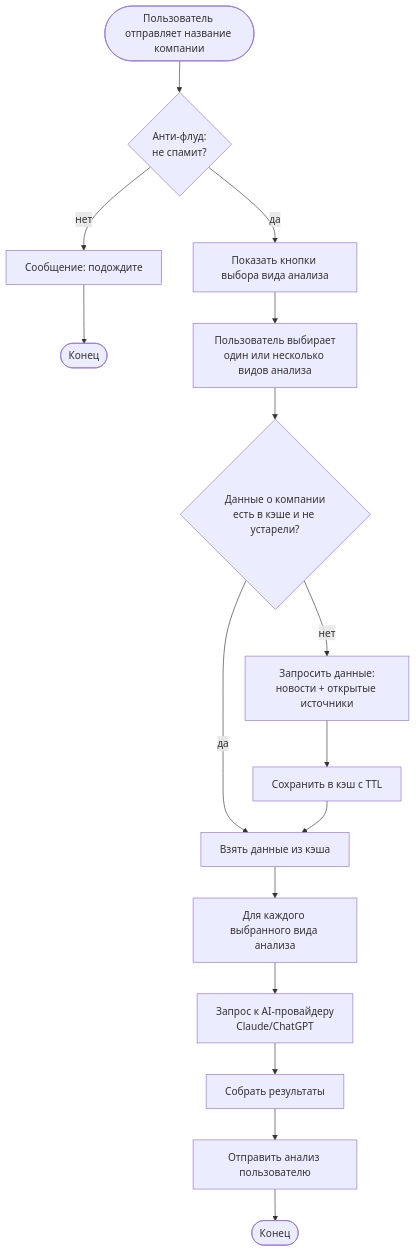
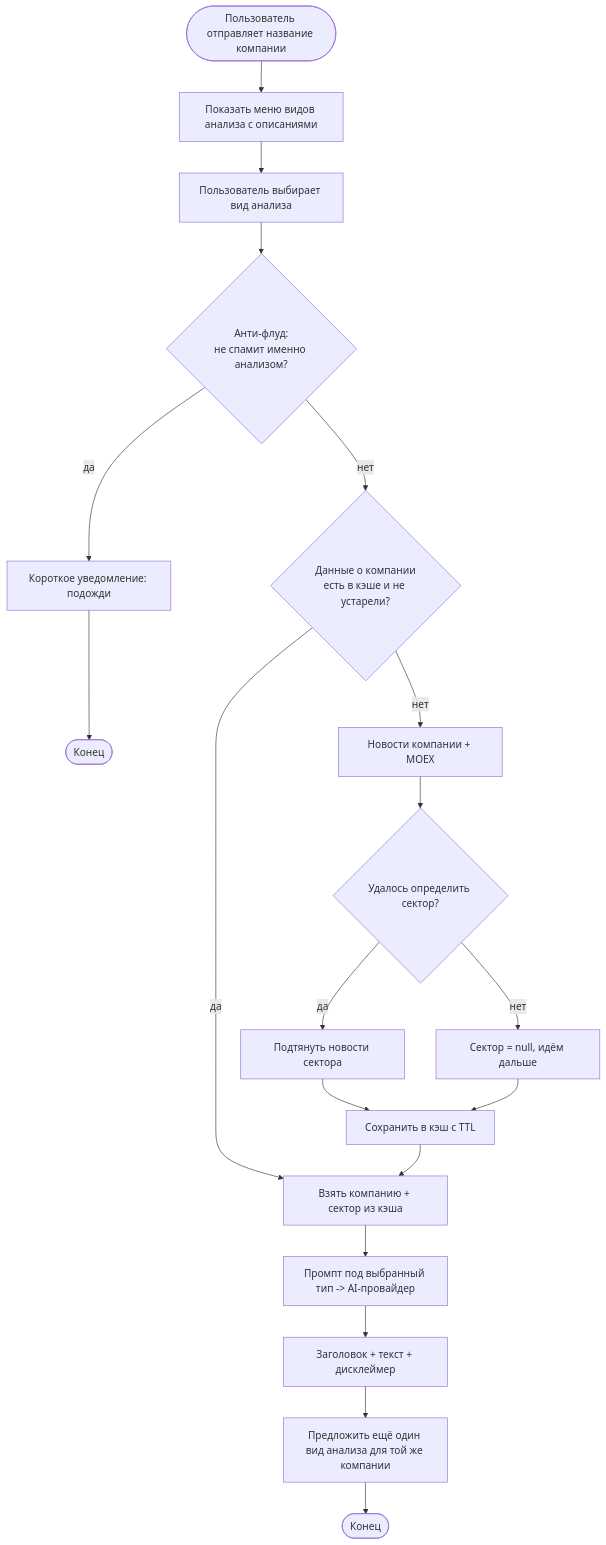
Before and after one commit to keshtoim/analysis_for_invest_bot: the fourth of 5 diagrams in README.md, drawn with Mermaid. The commit also changed other lines of this file, not shown here.

First line of the commit message:
docs: README под текущее состояние проекта

````diff
--- a/README.md
+++ b/README.md
@@ -185,17 +203,20 @@
 ```mermaid
 flowchart TD
-    Start([Пользователь отправляет название компании]) --> Flood{Анти-флуд:<br/>не спамит?}
-    Flood -- нет --> Wait[Сообщение: подождите] --> End1([Конец])
-    Flood -- да --> Menu[Показать кнопки выбора вида анализа]
-    Menu --> Choice[Пользователь выбирает<br/>один или несколько видов анализа]
-    Choice --> Cache{Данные о компании<br/>есть в кэше и не устарели?}
-    Cache -- да --> UseCache[Взять данные из кэша]
-    Cache -- нет --> Fetch[Запросить данные:<br/>новости + открытые источники]
-    Fetch --> SaveCache[Сохранить в кэш с TTL]
+    Start([Пользователь отправляет название компании]) --> Menu[Показать меню видов анализа с описаниями]
+    Menu --> Choice[Пользователь выбирает вид анализа]
+    Choice --> Flood{Анти-флуд:<br/>не спамит именно анализом?}
+    Flood -- да --> WaitMsg[Короткое уведомление: подожди] --> End1([Конец])
+    Flood -- нет --> Cache{Данные о компании<br/>есть в кэше и не устарели?}
+    Cache -- да --> UseCache[Взять компанию + сектор из кэша]
+    Cache -- нет --> Fetch[Новости компании + MOEX]
+    Fetch --> Sector{Удалось определить сектор?}
+    Sector -- да --> SectorNews[Подтянуть новости сектора]
+    Sector -- нет --> NoSector[Сектор = null, идём дальше]
+    SectorNews --> SaveCache[Сохранить в кэш с TTL]
+    NoSector --> SaveCache
     SaveCache --> UseCache
-    UseCache --> Loop[Для каждого выбранного вида анализа]
-    Loop --> AI[Запрос к AI-провайдеру<br/>Claude/ChatGPT]
-    AI --> Collect[Собрать результаты]
-    Collect --> Send[Отправить анализ пользователю]
-    Send --> End2([Конец])
+    UseCache --> AI[Промпт под выбранный тип -> AI-провайдер]
+    AI --> Send[Заголовок + текст + дисклеймер]
+    Send --> Offer[Предложить ещё один вид анализа для той же компании]
+    Offer --> End2([Конец])
 ```
````
